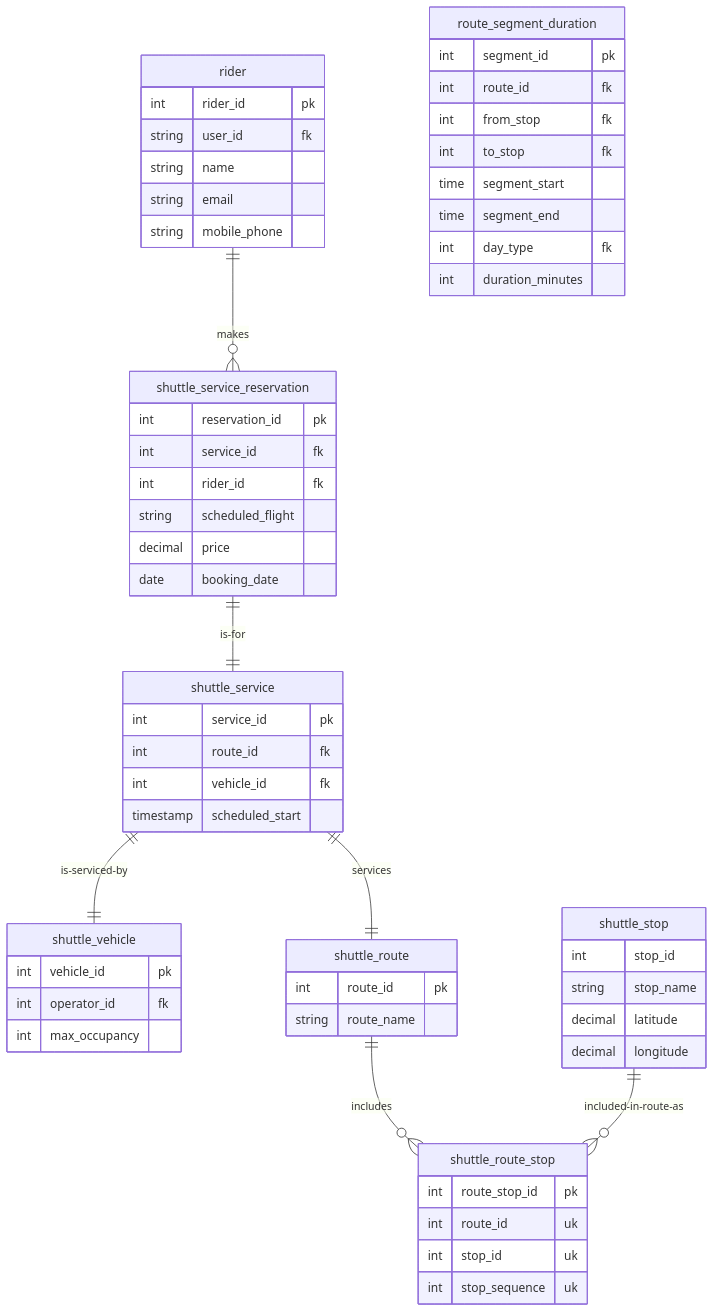
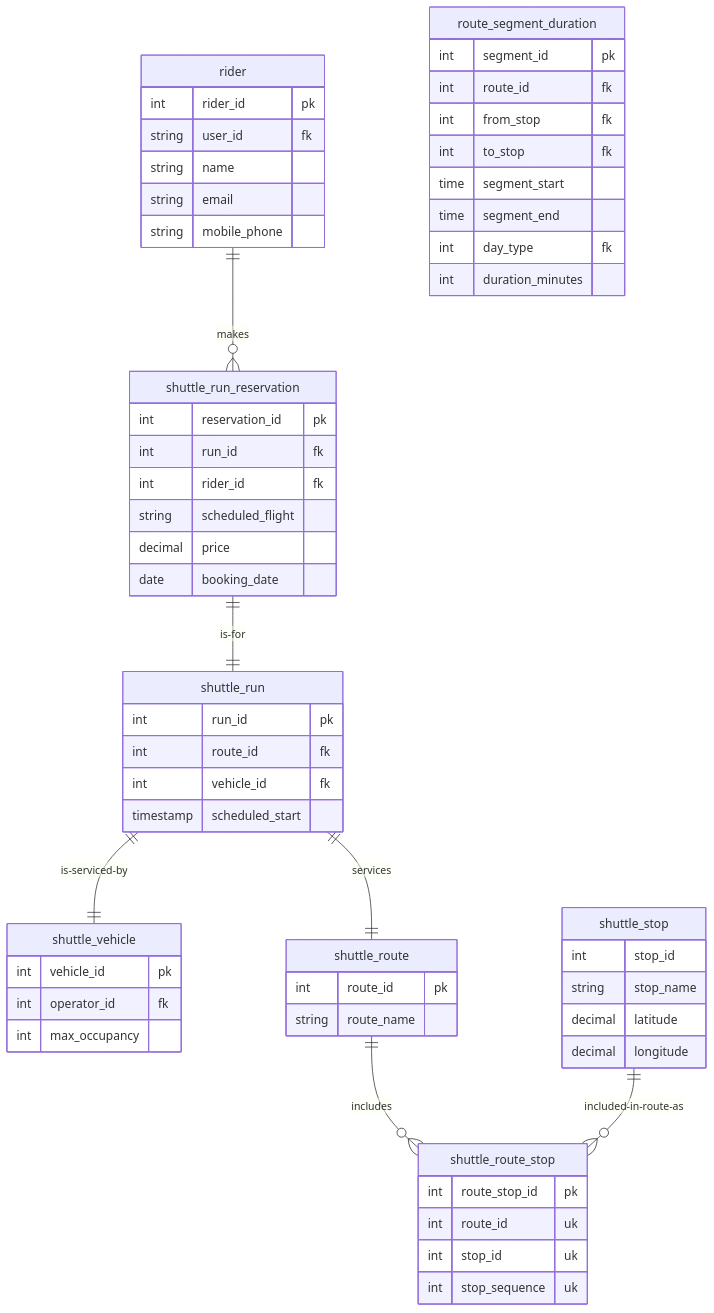
One commit to Snookblast/coding-challenge changed the diagram in README.md. Above: the diagram before and after it, drawn with Mermaid.

````diff
--- a/README.md
+++ b/README.md
@@ -3,70 +3,70 @@
 ```mermaid
 erDiagram
     rider {
         int rider_id pk
         string user_id fk
         string name
         string email
         string mobile_phone
     }
 
-    shuttle_service_reservation {
+    shuttle_run_reservation {
         int reservation_id pk
-        int service_id fk
+        int run_id fk
         int rider_id fk
         string scheduled_flight
         decimal price 
         date booking_date 
     }
 
-    shuttle_service {
-        int service_id pk
+    shuttle_run {
+        int run_id pk
         int route_id fk
         int vehicle_id fk
-        timestamp  scheduled_start
+        timestamp scheduled_start
     }
 
     shuttle_vehicle {
       int vehicle_id pk
       int operator_id fk
       int max_occupancy
     }
 
     shuttle_route {
         int route_id pk
         string route_name 
     }
 
     shuttle_stop {
         int stop_id
         string stop_name
         decimal latitude
         decimal longitude
     }
     
     shuttle_route_stop {
         int route_stop_id pk
         int route_id uk
         int stop_id uk
         int stop_sequence uk
     }
 
     route_segment_duration {
         int segment_id pk
         int route_id fk
         int from_stop fk
         int to_stop fk
         time segment_start
         time segment_end
         int day_type fk
         int duration_minutes
     }
 
-    rider ||--o{ shuttle_service_reservation : makes
-    shuttle_service_reservation ||--|| shuttle_service : is-for
-    shuttle_service ||--|| shuttle_route : services
-    shuttle_service ||--|| shuttle_vehicle : is-serviced-by
+    rider ||--o{ shuttle_run_reservation : makes
+    shuttle_run_reservation ||--|| shuttle_run : is-for
+    shuttle_run ||--|| shuttle_route : services
+    shuttle_run ||--|| shuttle_vehicle : is-serviced-by
     shuttle_route ||--o{ shuttle_route_stop : includes
     shuttle_stop ||--o{ shuttle_route_stop : included-in-route-as
 
 ```
````
